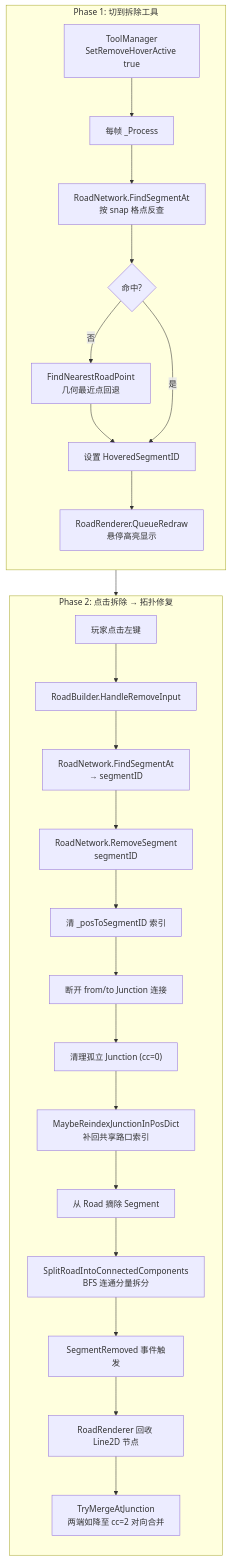
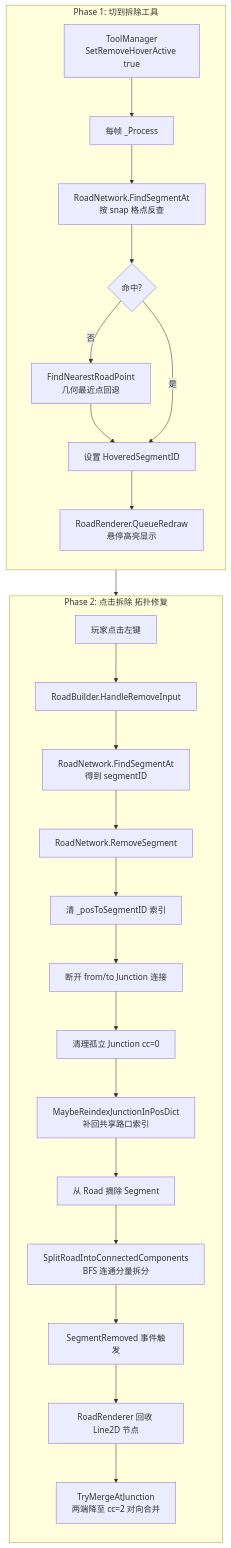
One commit to xianfishyu/SimpleCities changed the third of 9 diagrams in docs/game-logic.md. Above: the diagram before and after it, drawn with Mermaid. The commit also changed other lines of this file, not shown here.

First line of the commit message:
#文档：统一所有Mermaid图为flowchart并修复渲染问题

````diff
--- a/docs/game-logic.md
+++ b/docs/game-logic.md
@@ -133,31 +121,31 @@
 ```mermaid
 flowchart TD
     subgraph Phase1["Phase 1: 切到拆除工具"]
         direction TB
-        E1["ToolManager<br>SetRemoveHoverActive true"] --> E2["每帧 _Process"]
-        E2 --> E3["RoadNetwork.FindSegmentAt<br>按 snap 格点反查"]
+        E1["ToolManager<br/>SetRemoveHoverActive true"] --> E2["每帧 _Process"]
+        E2 --> E3["RoadNetwork.FindSegmentAt<br/>按 snap 格点反查"]
         E3 --> E4{"命中?"}
-        E4 -->|否| E5["FindNearestRoadPoint<br>几何最近点回退"]
+        E4 -->|否| E5["FindNearestRoadPoint<br/>几何最近点回退"]
         E5 --> E6["设置 HoveredSegmentID"]
         E4 -->|是| E6
-        E6 --> E7["RoadRenderer.QueueRedraw<br>悬停高亮显示"]
+        E6 --> E7["RoadRenderer.QueueRedraw<br/>悬停高亮显示"]
     end
 
-    subgraph Phase2["Phase 2: 点击拆除 → 拓扑修复"]
+    subgraph Phase2["Phase 2: 点击拆除 拓扑修复"]
         direction TB
         R1["玩家点击左键"] --> R2["RoadBuilder.HandleRemoveInput"]
-        R2 --> R3["RoadNetwork.FindSegmentAt<br>→ segmentID"]
-        R3 --> R4["RoadNetwork.RemoveSegment<br>segmentID"]
+        R2 --> R3["RoadNetwork.FindSegmentAt<br/>得到 segmentID"]
+        R3 --> R4["RoadNetwork.RemoveSegment"]
         R4 --> R5["清 _posToSegmentID 索引"]
         R5 --> R6["断开 from/to Junction 连接"]
-        R6 --> R7["清理孤立 Junction (cc=0)"]
-        R7 --> R8["MaybeReindexJunctionInPosDict<br>补回共享路口索引"]
+        R6 --> R7["清理孤立 Junction cc=0"]
+        R7 --> R8["MaybeReindexJunctionInPosDict<br/>补回共享路口索引"]
         R8 --> R9["从 Road 摘除 Segment"]
-        R9 --> R10["SplitRoadIntoConnectedComponents<br>BFS 连通分量拆分"]
+        R9 --> R10["SplitRoadIntoConnectedComponents<br/>BFS 连通分量拆分"]
         R10 --> R11["SegmentRemoved 事件触发"]
         R11 --> R12["RoadRenderer 回收 Line2D 节点"]
-        R12 --> R13["TryMergeAtJunction<br>两端如降至 cc=2 对向合并"]
+        R12 --> R13["TryMergeAtJunction<br/>两端降至 cc=2 对向合并"]
     end
 
     Phase1 --> Phase2
 ```
````
